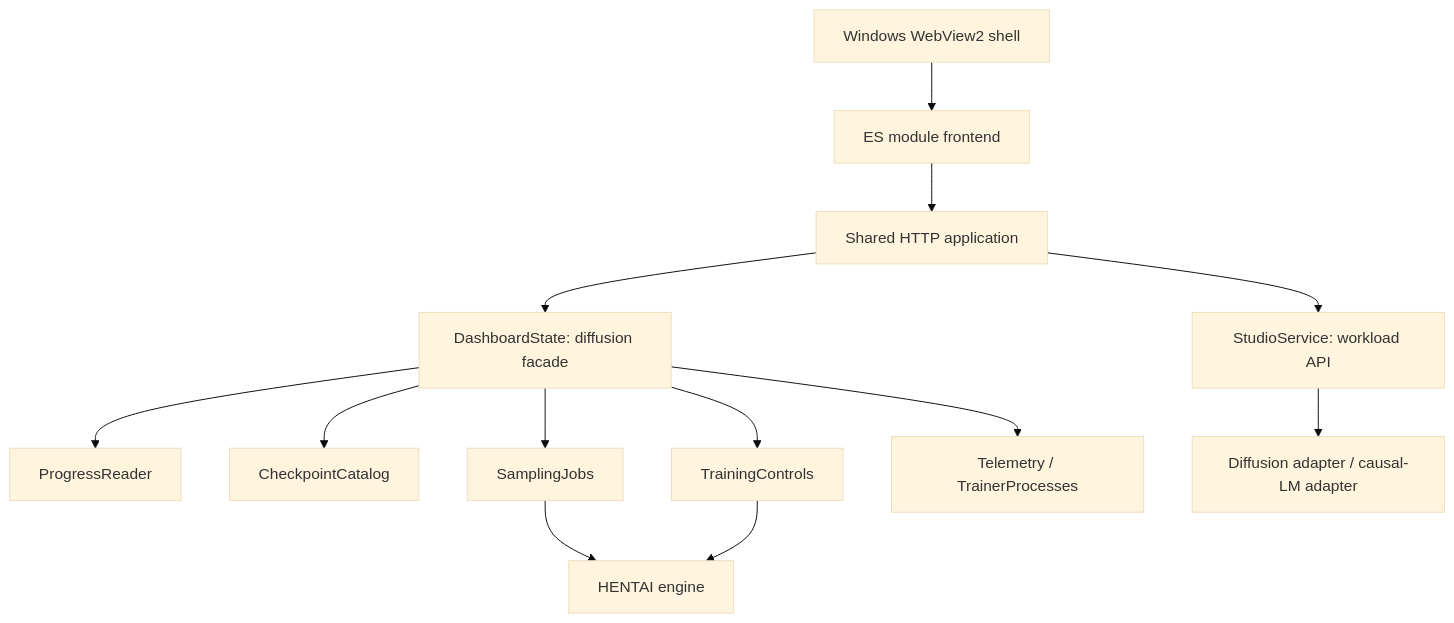
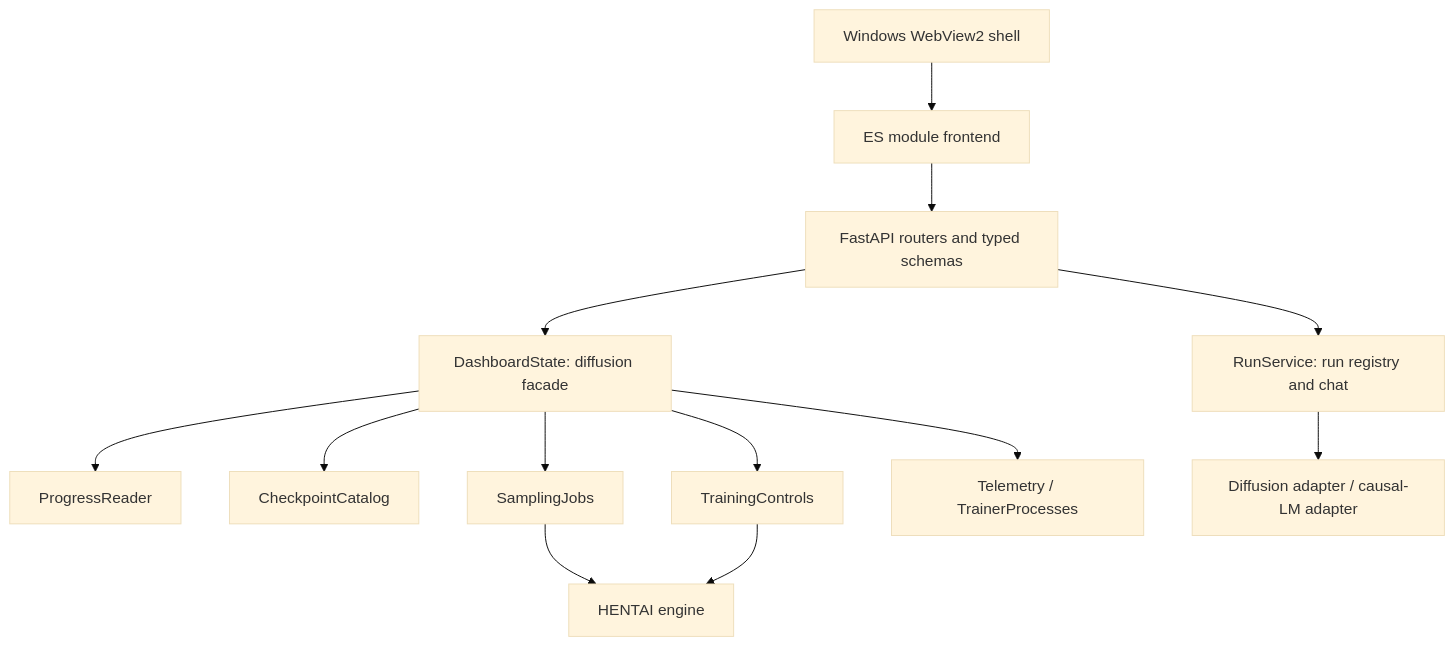
One commit to Lithium357/HENTAI-Studio changed the diagram in docs/ARCHITECTURE.md. Above: the diagram before and after it, drawn with Mermaid (base theme). The commit also changed other lines of this file and 49 other files, not shown here.

Commit message:
Replace the custom dashboard API with typed FastAPI resources

````diff
--- a/docs/ARCHITECTURE.md
+++ b/docs/ARCHITECTURE.md
@@ -5,15 +5,15 @@
 ```mermaid
 flowchart TD
-  Browser[ES module frontend] --> Web[Shared HTTP application]
+  Browser[ES module frontend] --> Web[FastAPI routers and typed schemas]
   Desktop[Windows WebView2 shell] --> Browser
-  Web --> Studio[StudioService: workload API]
+  Web --> Studio[RunService: run registry and chat]
   Web --> Dashboard[DashboardState: diffusion facade]
   Dashboard --> Progress[ProgressReader]
   Dashboard --> Catalog[CheckpointCatalog]
   Dashboard --> Sampling[SamplingJobs]
   Dashboard --> Controls[TrainingControls]
   Dashboard --> Telemetry[Telemetry / TrainerProcesses]
   Sampling --> Engine[HENTAI engine]
   Controls --> Engine
   Studio --> Workloads[Diffusion adapter / causal-LM adapter]
 ```
````
